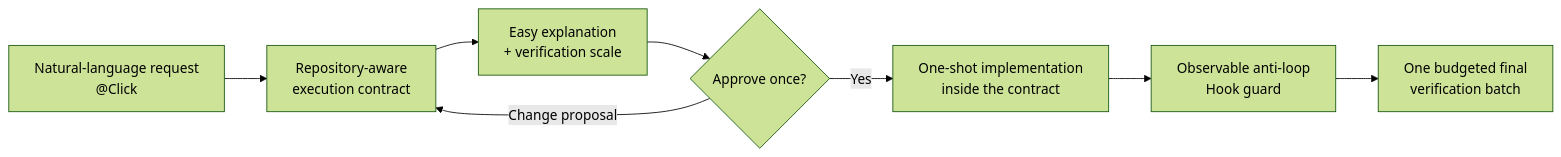
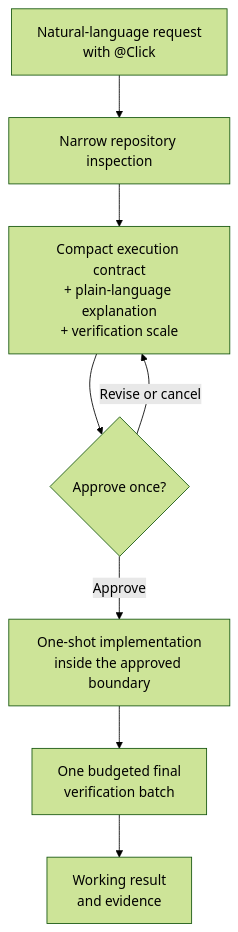
The diagram in README.md (grapefruit0205/build-brief), drawn with Mermaid (forest theme) before and after one commit. The commit also changed other lines of this file and 1 other file, not shown here.

````diff
--- a/README.md
+++ b/README.md
@@ -22,10 +49,10 @@
 ```mermaid
-flowchart LR
-    A["Natural-language request<br/>@Click"] --> B["Repository-aware<br/>execution contract"]
-    B --> C["Easy explanation<br/>+ verification scale"]
+flowchart TB
+    A["Natural-language request<br/>with @Click"] --> B["Narrow repository inspection"]
+    B --> C["Compact execution contract<br/>+ plain-language explanation<br/>+ verification scale"]
     C --> D{"Approve once?"}
-    D -->|Yes| E["One-shot implementation<br/>inside the contract"]
-    E --> G["Observable anti-loop<br/>Hook guard"]
-    G --> F["One budgeted final<br/>verification batch"]
-    D -->|Change proposal| B
+    D -->|Revise or cancel| C
+    D -->|Approve| E["One-shot implementation<br/>inside the approved boundary"]
+    E --> F["One budgeted final<br/>verification batch"]
+    F --> G["Working result<br/>and evidence"]
 ```
````
